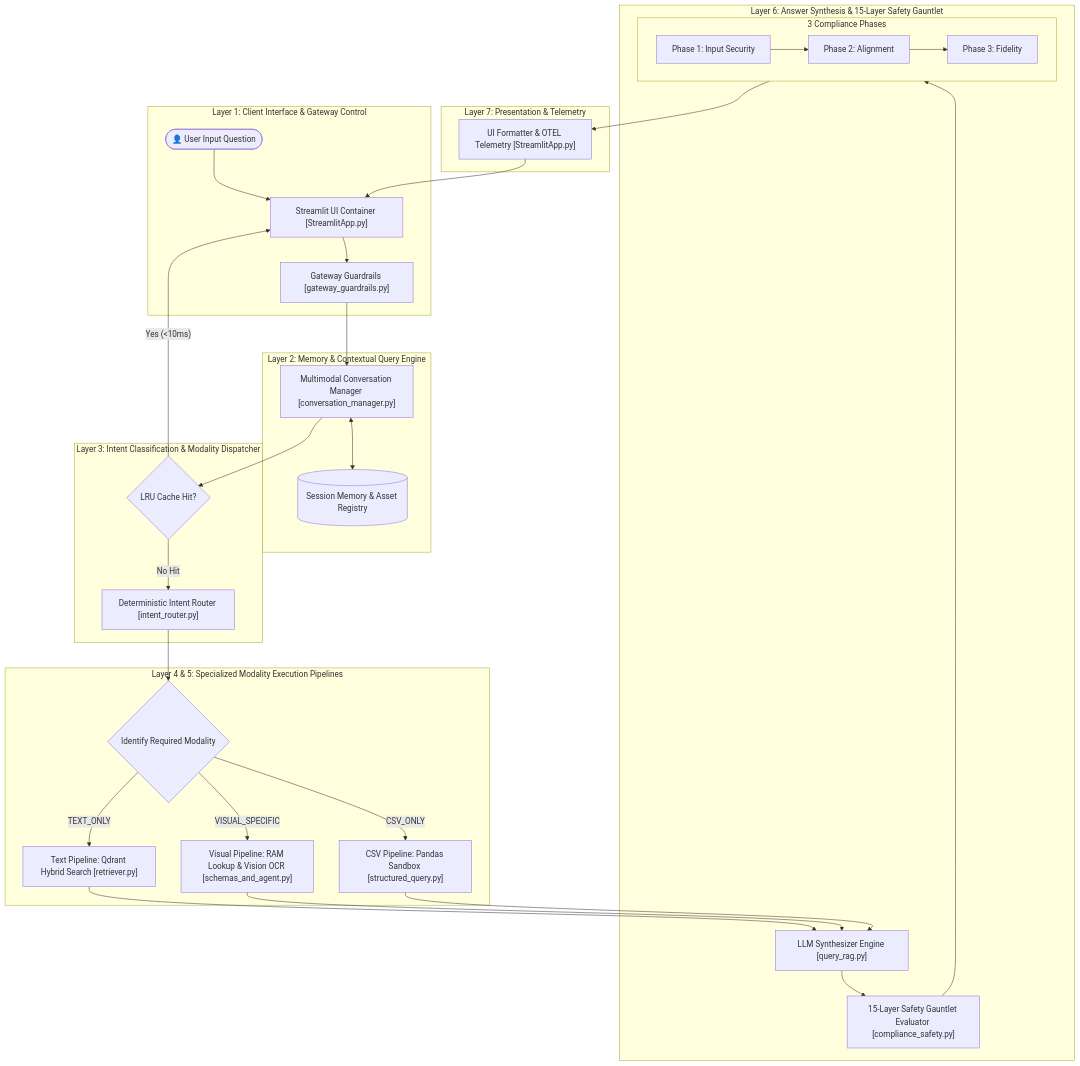
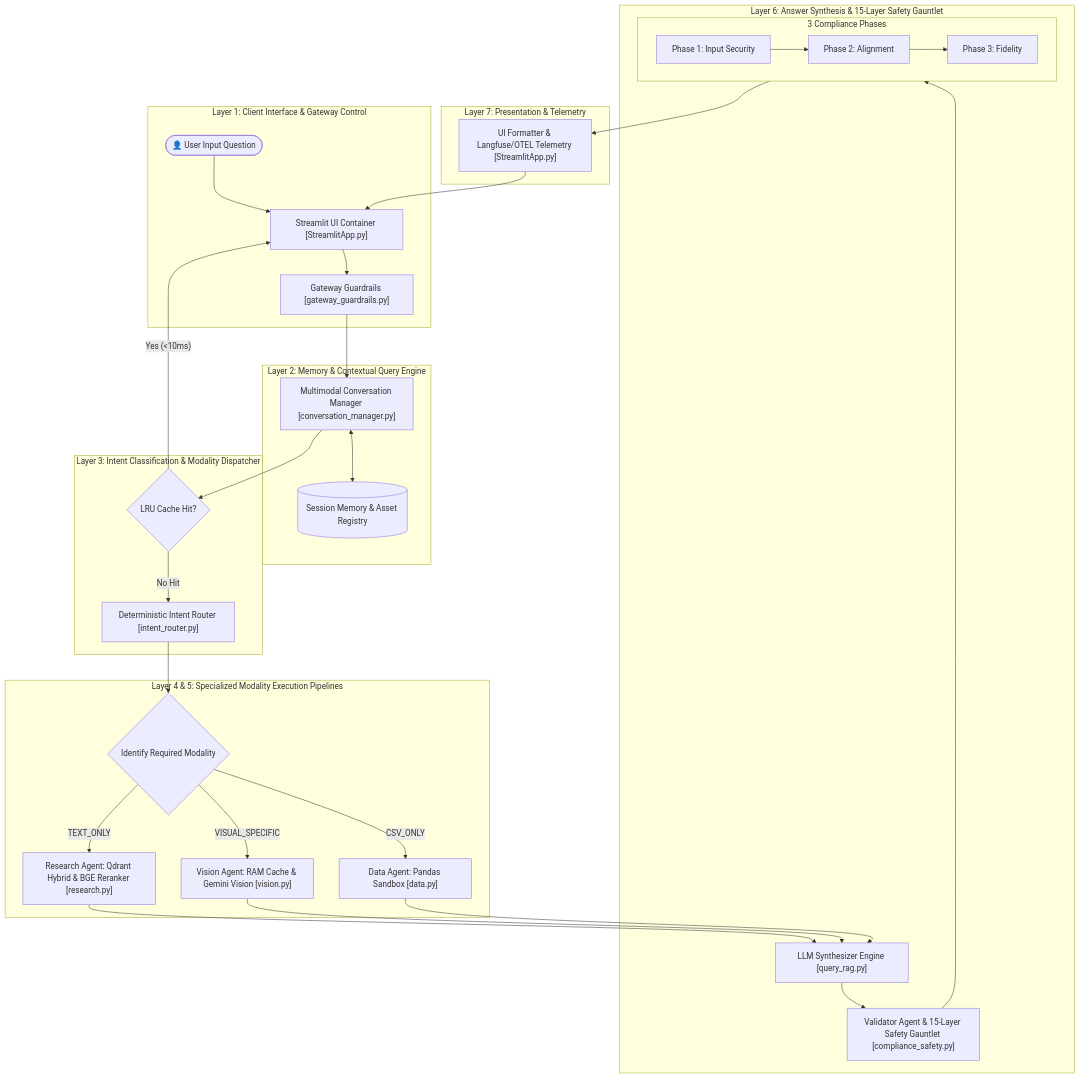
The first of 3 diagrams in README.md (supriyap19967-creator/rag-system-v2), drawn with Mermaid before and after one commit. The commit also changed other lines of this file, not shown here.

Commit message:
Revise README for modality agents and ingestion updates
Updated the README to reflect changes in modality execution pipelines and added new agents for processing. Adjusted the ingestion pipeline details for clarity.

````diff
--- a/README.md
+++ b/README.md
@@ -20,40 +20,40 @@
 ```mermaid
 flowchart TD
     subgraph L1 ["Layer 1: Client Interface & Gateway Control"]
         User(["👤 User Input Question"]) --> StreamlitUI["Streamlit UI Container [StreamlitApp.py]"]
         StreamlitUI --> Gateway["Gateway Guardrails [gateway_guardrails.py]"]
     end
 
     subgraph L2 ["Layer 2: Memory & Contextual Query Engine"]
         Gateway --> MemoryManager["Multimodal Conversation Manager [conversation_manager.py]"]
         MemoryManager <--> SessionStore[("Session Memory & Asset Registry")]
     end
 
     subgraph L3 ["Layer 3: Intent Classification & Modality Dispatcher"]
         MemoryManager --> LRUCache{"LRU Cache Hit?"}
         LRUCache -- "Yes (<10ms)" --> StreamlitUI
         LRUCache -- "No Hit" --> IntentRouter["Deterministic Intent Router [intent_router.py]"]
     end
 
     subgraph L4 ["Layer 4 & 5: Specialized Modality Execution Pipelines"]
         IntentRouter --> ModalitySwitch{"Identify Required Modality"}
-        ModalitySwitch -- "TEXT_ONLY" --> QdrantHybrid["Text Pipeline: Qdrant Hybrid Search [retriever.py]"]
-        ModalitySwitch -- "VISUAL_SPECIFIC" --> VisionStore["Visual Pipeline: RAM Lookup & Vision OCR [schemas_and_agent.py]"]
-        ModalitySwitch -- "CSV_ONLY" --> PandasEngine["CSV Pipeline: Pandas Sandbox [structured_query.py]"]
+        ModalitySwitch -- "TEXT_ONLY" --> ResearchAgent["Research Agent: Qdrant Hybrid & BGE Reranker [research.py]"]
+        ModalitySwitch -- "VISUAL_SPECIFIC" --> VisionAgent["Vision Agent: RAM Cache & Gemini Vision [vision.py]"]
+        ModalitySwitch -- "CSV_ONLY" --> DataAgent["Data Agent: Pandas Sandbox [data.py]"]
     end
 
     subgraph L6 ["Layer 6: Answer Synthesis & 15-Layer Safety Gauntlet"]
-        QdrantHybrid & VisionStore & PandasEngine --> Synthesizer["LLM Synthesizer Engine [query_rag.py]"]
-        Synthesizer --> Gauntlet["15-Layer Safety Gauntlet Evaluator [compliance_safety.py]"]
+        ResearchAgent & VisionAgent & DataAgent --> Synthesizer["LLM Synthesizer Engine [query_rag.py]"]
+        Synthesizer --> Gauntlet["Validator Agent & 15-Layer Safety Gauntlet [compliance_safety.py]"]
         
         subgraph GauntletPhases ["3 Compliance Phases"]
             Phase1["Phase 1: Input Security"] --> Phase2["Phase 2: Alignment"] --> Phase3["Phase 3: Fidelity"]
         end
         Gauntlet --> GauntletPhases
     end
 
     subgraph L7 ["Layer 7: Presentation & Telemetry"]
-        GauntletPhases --> Formatter["UI Formatter & OTEL Telemetry [StreamlitApp.py]"]
+        GauntletPhases --> Formatter["UI Formatter & Langfuse/OTEL Telemetry [StreamlitApp.py]"]
         Formatter --> StreamlitUI
     end
 ```
````
